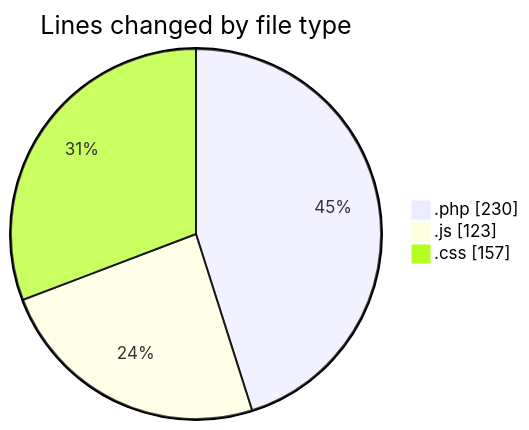
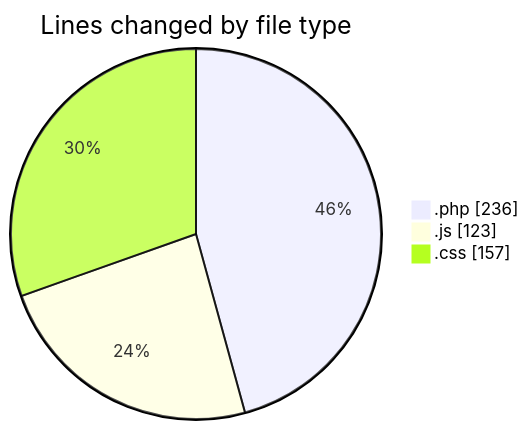
The first of 2 diagrams in 2025-10-28/untitled__workspace_/README.md (debugP/code-tracking), drawn with Mermaid before and after one commit. The commit also changed other lines of this file and 1 other file, not shown here.

````diff
--- a/2025-10-28/untitled__workspace_/README.md
+++ b/2025-10-28/untitled__workspace_/README.md
@@ -22,7 +22,7 @@
 ```mermaid
 pie showData
 title Lines changed by file type
-".php" : 230
+".php" : 236
 ".js" : 123
 ".css" : 157
 ```
````
